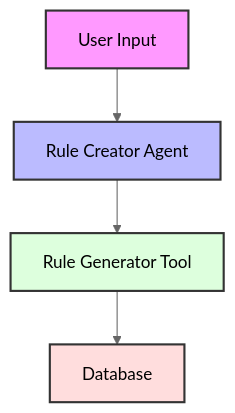
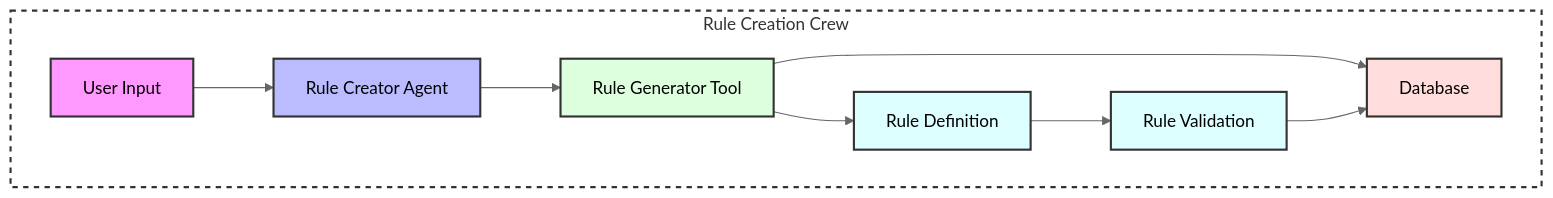
One commit to wrdhall3/data-quality-agentic-crew-ai changed the first of 3 diagrams in README.md. Above: the diagram before and after it, drawn with Mermaid (neutral theme). The commit also changed other lines of this file, not shown here.

````diff
--- a/README.md
+++ b/README.md
@@ -103,11 +103,19 @@
 ```mermaid
 graph TD
-    A[User Input] --> B[Rule Creator Agent]
-    B --> C[Rule Generator Tool]
-    C --> D[Database]
+    subgraph Crew[Rule Creation Crew]
+        A[User Input] --> B[Rule Creator Agent]
+        B --> C[Rule Generator Tool]
+        C --> D[Database]
+        C --> E[Rule Definition]
+        E --> F[Rule Validation]
+        F --> D
+    end
     
     style A fill:#f9f,stroke:#333,stroke-width:2px
     style B fill:#bbf,stroke:#333,stroke-width:2px
     style C fill:#dfd,stroke:#333,stroke-width:2px
     style D fill:#fdd,stroke:#333,stroke-width:2px
+    style E fill:#dff,stroke:#333,stroke-width:2px
+    style F fill:#dff,stroke:#333,stroke-width:2px
+    style Crew fill:#fff,stroke:#333,stroke-width:2px,stroke-dasharray: 5 5
 ```
````
